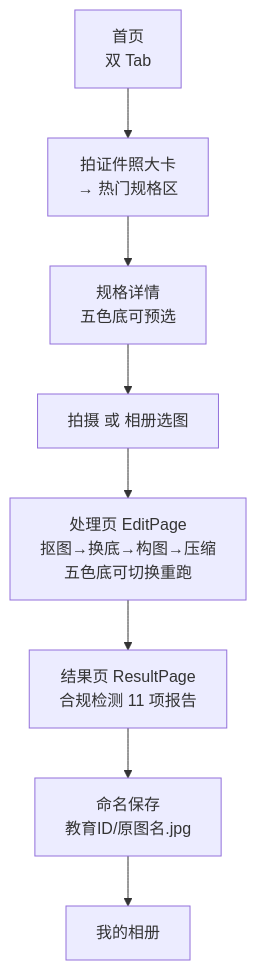
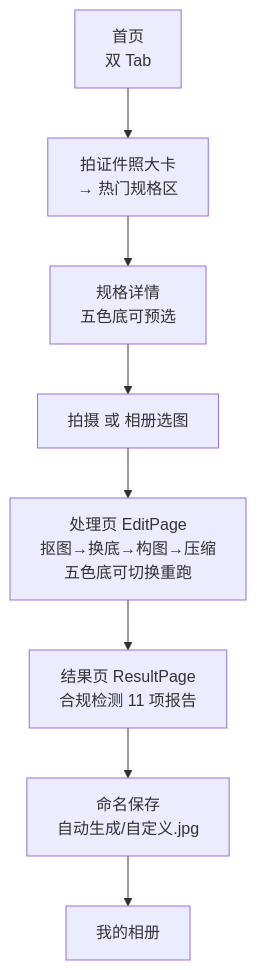
The diagram in docs/product.md (chunguangwei/photoid), drawn with Mermaid before and after one commit. The commit also changed other lines of this file and 9 other files, not shown here.

````diff
--- a/docs/product.md
+++ b/docs/product.md
@@ -47,10 +47,10 @@
 ```mermaid
 flowchart TD
     A[首页<br/>双 Tab] --> B[拍证件照大卡<br/>→ 热门规格区]
     B --> C[规格详情<br/>五色底可预选]
     C --> D[拍摄 或 相册选图]
     D --> E[处理页 EditPage<br/>抠图→换底→构图→压缩<br/>五色底可切换重跑]
     E --> F[结果页 ResultPage<br/>合规检测 11 项报告]
-    F --> G[命名保存<br/>教育ID/原图名.jpg]
+    F --> G[命名保存<br/>自动生成/自定义.jpg]
     G --> H[我的相册]
 ```
````
